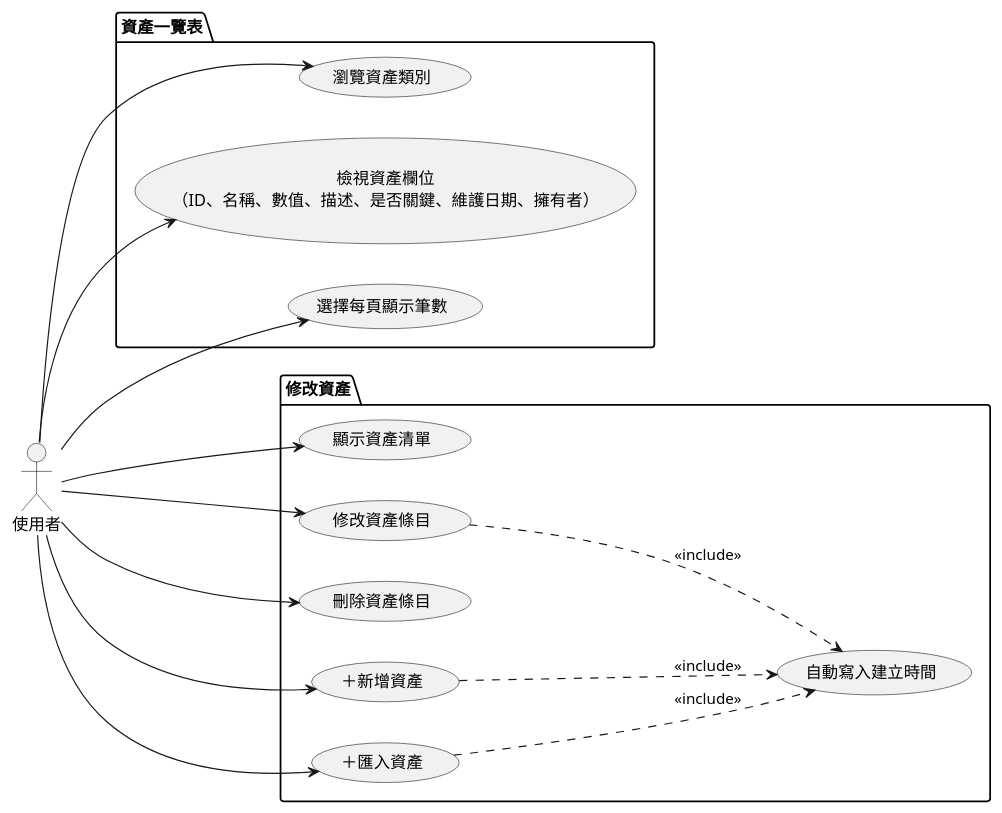
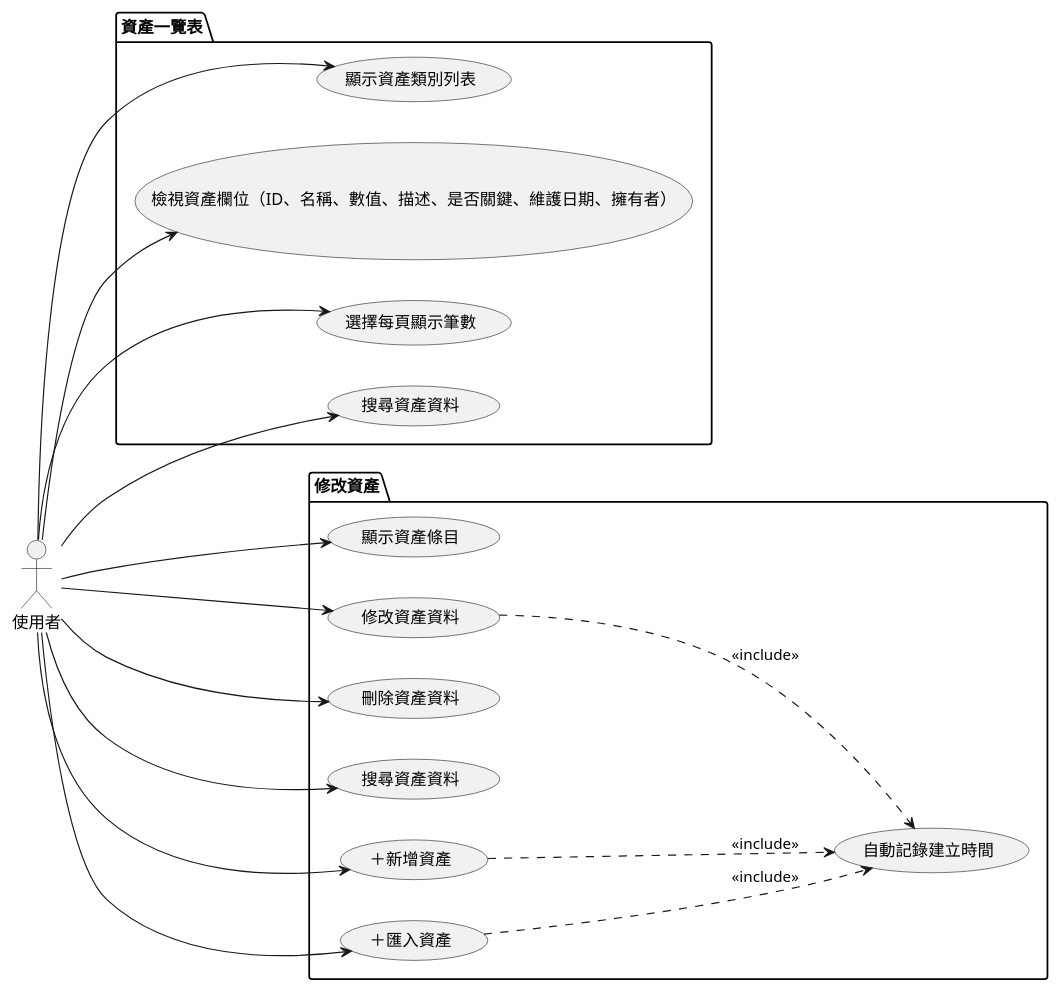
One commit to walle45611/NTUB_SecuManag_Diagram changed the diagram in mermaid/use_case/asset_overview&edit.puml. Above: the diagram before and after it, drawn with PlantUML. The commit also changed 6 other files, not shown here.

```diff
--- a/mermaid/use_case/asset_overview&edit.puml
+++ b/mermaid/use_case/asset_overview&edit.puml
@@ -1,35 +1,39 @@
 @startuml
 
 left to right direction
 
 actor 使用者
 
 package "資產一覽表" {
-    usecase "瀏覽資產類別" as UC1
-    usecase "檢視資產欄位\n（ID、名稱、數值、描述、是否關鍵、維護日期、擁有者）" as UC2
+    usecase "顯示資產類別列表" as UC1
+    usecase "檢視資產欄位（ID、名稱、數值、描述、是否關鍵、維護日期、擁有者）" as UC2
     usecase "選擇每頁顯示筆數" as UC3
+    usecase "搜尋資產資料" as UC4
 }
 
 package "修改資產" {
-    usecase "顯示資產清單" as UC4
-    usecase "修改資產條目" as UC5
-    usecase "刪除資產條目" as UC6
-    usecase "＋新增資產" as UC7
-    usecase "＋匯入資產" as UC8
-    usecase "自動寫入建立時間" as UC9
+    usecase "顯示資產條目" as UC5
+    usecase "修改資產資料" as UC6
+    usecase "刪除資產資料" as UC7
+    usecase "搜尋資產資料" as UC8
+    usecase "＋新增資產" as UC9
+    usecase "＋匯入資產" as UC10
+    usecase "自動記錄建立時間" as UC11
 }
 
-UC5 .down.> UC9 : <<include>>
-UC7 .down.> UC9 : <<include>>
-UC8 .down.> UC9 : <<include>>
+UC6 .down.> UC11 : <<include>>
+UC9 .down.> UC11 : <<include>>
+UC10 .down.> UC11 : <<include>>
 
 使用者 --> UC1
 使用者 --> UC2
 使用者 --> UC3
 使用者 --> UC4
 使用者 --> UC5
 使用者 --> UC6
 使用者 --> UC7
 使用者 --> UC8
+使用者 --> UC9
+使用者 --> UC10
 
 @enduml
```
